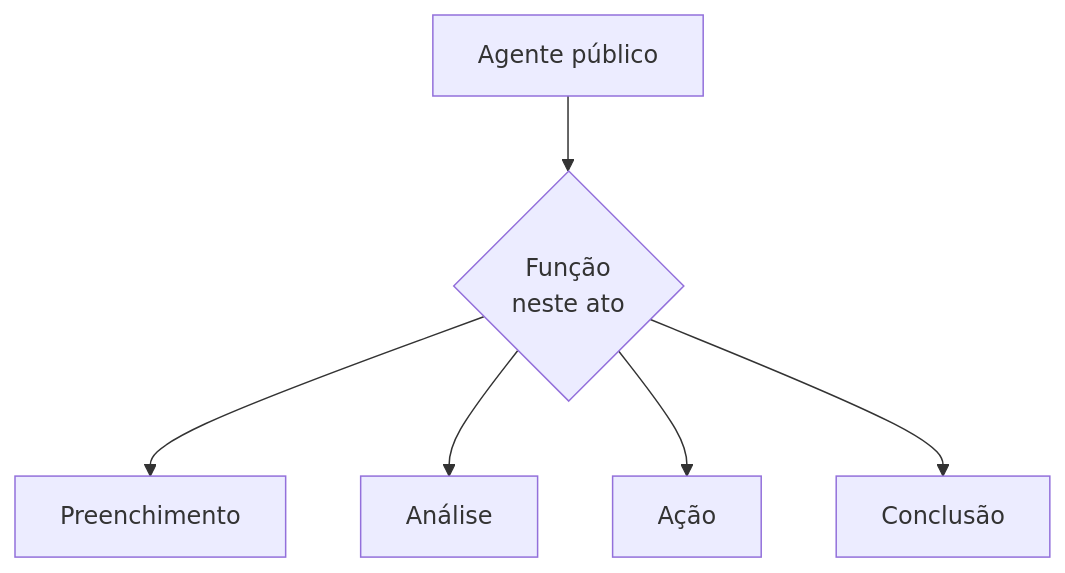
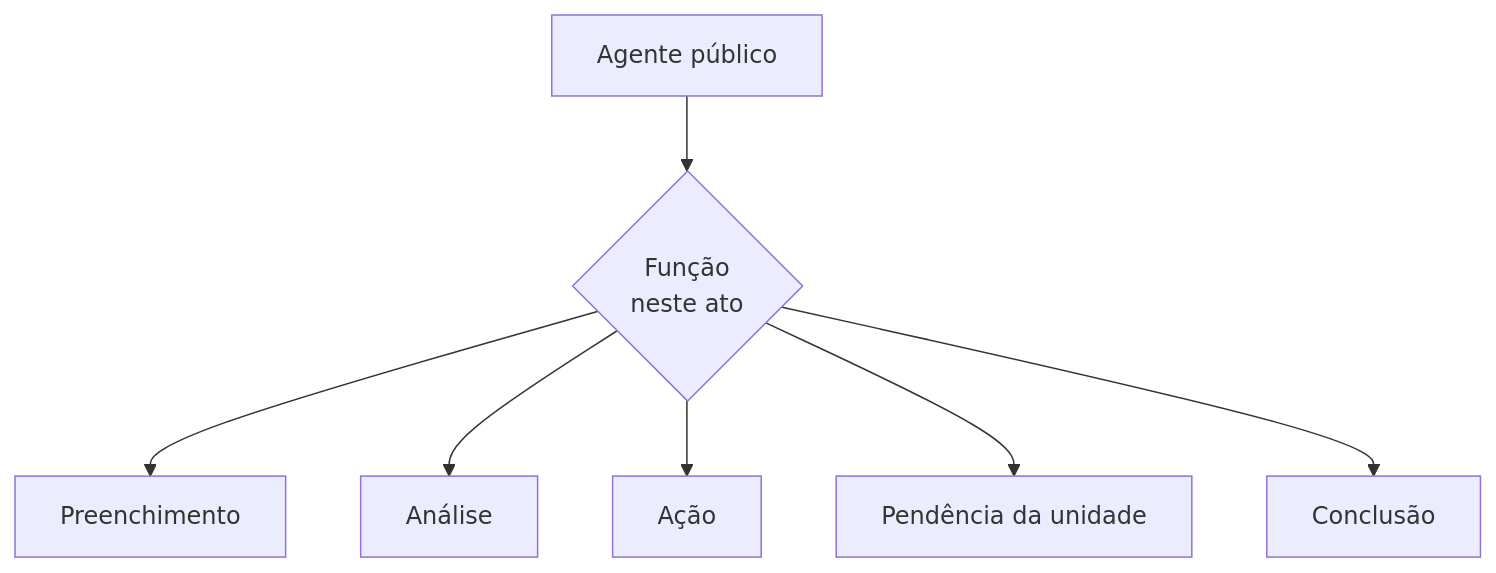
Before and after one commit to ailtonfv/governanca-lgpd-hortolandia: diagram 13 of 30 in README.md, drawn with Mermaid. The commit also changed other lines of this file and 24 other files, not shown here.

````diff
--- a/README.md
+++ b/README.md
@@ -610,8 +649,9 @@
 ```mermaid
 flowchart TD
     A["Agente público"] --> F{"Função<br/>neste ato"}
     F --> P["Preenchimento"]
     F --> N["Análise"]
     F --> M["Ação"]
+    F --> D["Pendência da unidade"]
     F --> C["Conclusão"]
 ```
````
